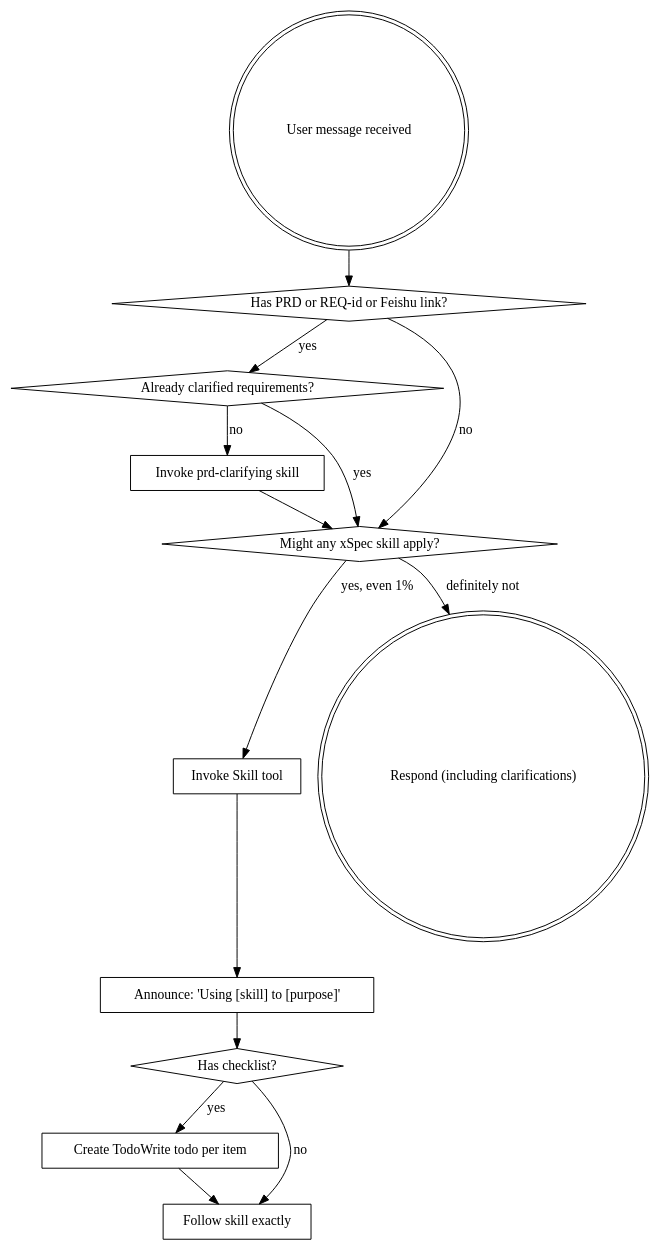
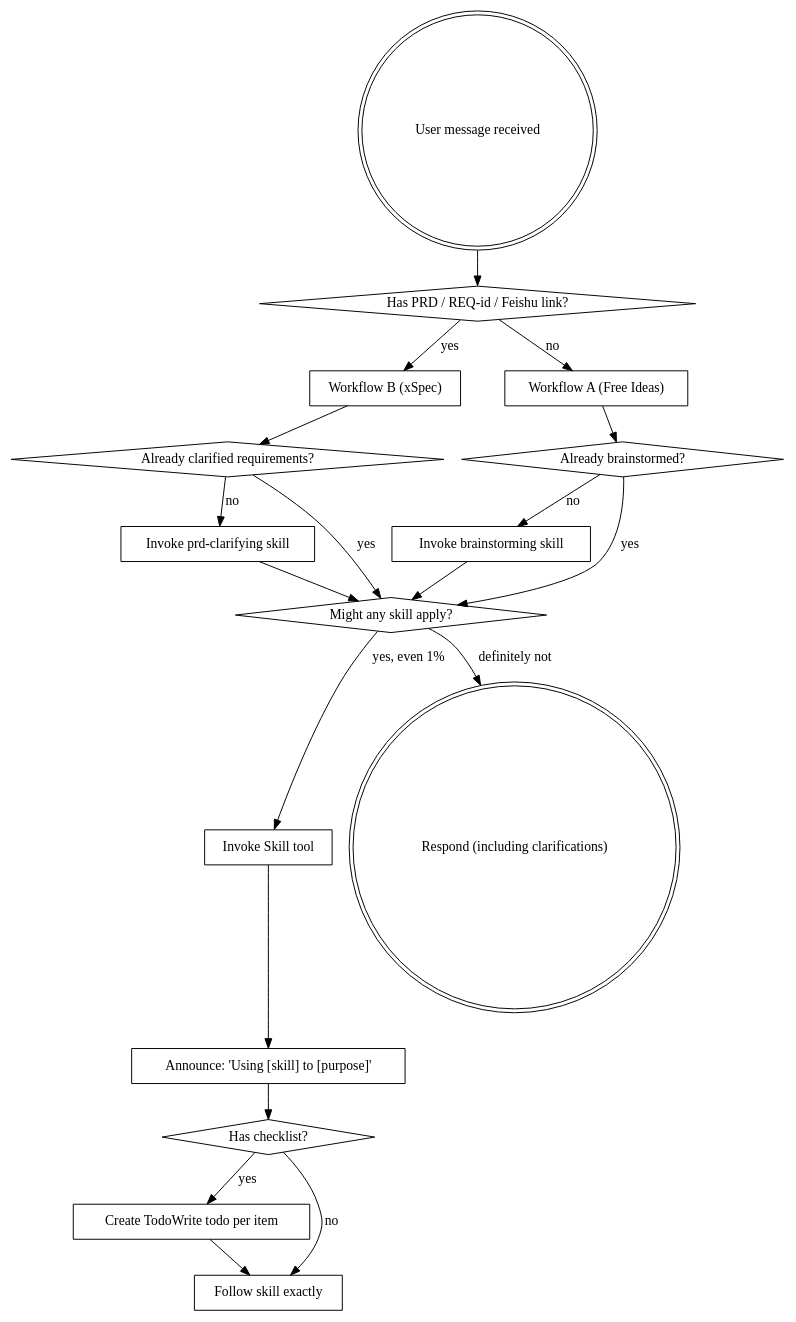
Before and after one commit to yunboom/my-superpowers: the diagram in skills/using-xspec/SKILL.md, drawn with Graphviz. The commit also changed other lines of this file and 2 other files, not shown here.

````diff
--- a/skills/using-xspec/SKILL.md
+++ b/skills/using-xspec/SKILL.md
@@ -26,30 +52,41 @@
 ```dot
 digraph xspec_flow {
     "User message received" [shape=doublecircle];
-    "Has PRD or REQ-id or Feishu link?" [shape=diamond];
+    "Route workflow" [shape=diamond, label="Has PRD / REQ-id / Feishu link?"];
+    "Workflow B" [shape=box, label="Workflow B (xSpec)"];
+    "Workflow A" [shape=box, label="Workflow A (Free Ideas)"];
     "Already clarified requirements?" [shape=diamond];
     "Invoke prd-clarifying skill" [shape=box];
-    "Might any xSpec skill apply?" [shape=diamond];
+    "Already brainstormed?" [shape=diamond];
+    "Invoke brainstorming skill" [shape=box];
+    "Might any skill apply?" [shape=diamond];
     "Invoke Skill tool" [shape=box];
     "Announce: 'Using [skill] to [purpose]'" [shape=box];
     "Has checklist?" [shape=diamond];
     "Create TodoWrite todo per item" [shape=box];
     "Follow skill exactly" [shape=box];
     "Respond (including clarifications)" [shape=doublecircle];
 
-    "User message received" -> "Has PRD or REQ-id or Feishu link?";
-    "Has PRD or REQ-id or Feishu link?" -> "Already clarified requirements?" [label="yes"];
-    "Has PRD or REQ-id or Feishu link?" -> "Might any xSpec skill apply?" [label="no"];
+    "User message received" -> "Route workflow";
+    "Route workflow" -> "Workflow B" [label="yes"];
+    "Route workflow" -> "Workflow A" [label="no"];
+
+    "Workflow B" -> "Already clarified requirements?";
     "Already clarified requirements?" -> "Invoke prd-clarifying skill" [label="no"];
-    "Already clarified requirements?" -> "Might any xSpec skill apply?" [label="yes"];
-    "Invoke prd-clarifying skill" -> "Might any xSpec skill apply?";
+    "Already clarified requirements?" -> "Might any skill apply?" [label="yes"];
+    "Invoke prd-clarifying skill" -> "Might any skill apply?";
 
-    "Might any xSpec skill apply?" -> "Invoke Skill tool" [label="yes, even 1%"];
-    "Might any xSpec skill apply?" -> "Respond (including clarifications)" [label="definitely not"];
+    "Workflow A" -> "Already brainstormed?";
+    "Already brainstormed?" -> "Invoke brainstorming skill" [label="no"];
+    "Already brainstormed?" -> "Might any skill apply?" [label="yes"];
+    "Invoke brainstorming skill" -> "Might any skill apply?";
+
+    "Might any skill apply?" -> "Invoke Skill tool" [label="yes, even 1%"];
+    "Might any skill apply?" -> "Respond (including clarifications)" [label="definitely not"];
     "Invoke Skill tool" -> "Announce: 'Using [skill] to [purpose]'";
     "Announce: 'Using [skill] to [purpose]'" -> "Has checklist?";
     "Has checklist?" -> "Create TodoWrite todo per item" [label="yes"];
     "Has checklist?" -> "Follow skill exactly" [label="no"];
     "Create TodoWrite todo per item" -> "Follow skill exactly";
 }
 ```
````
